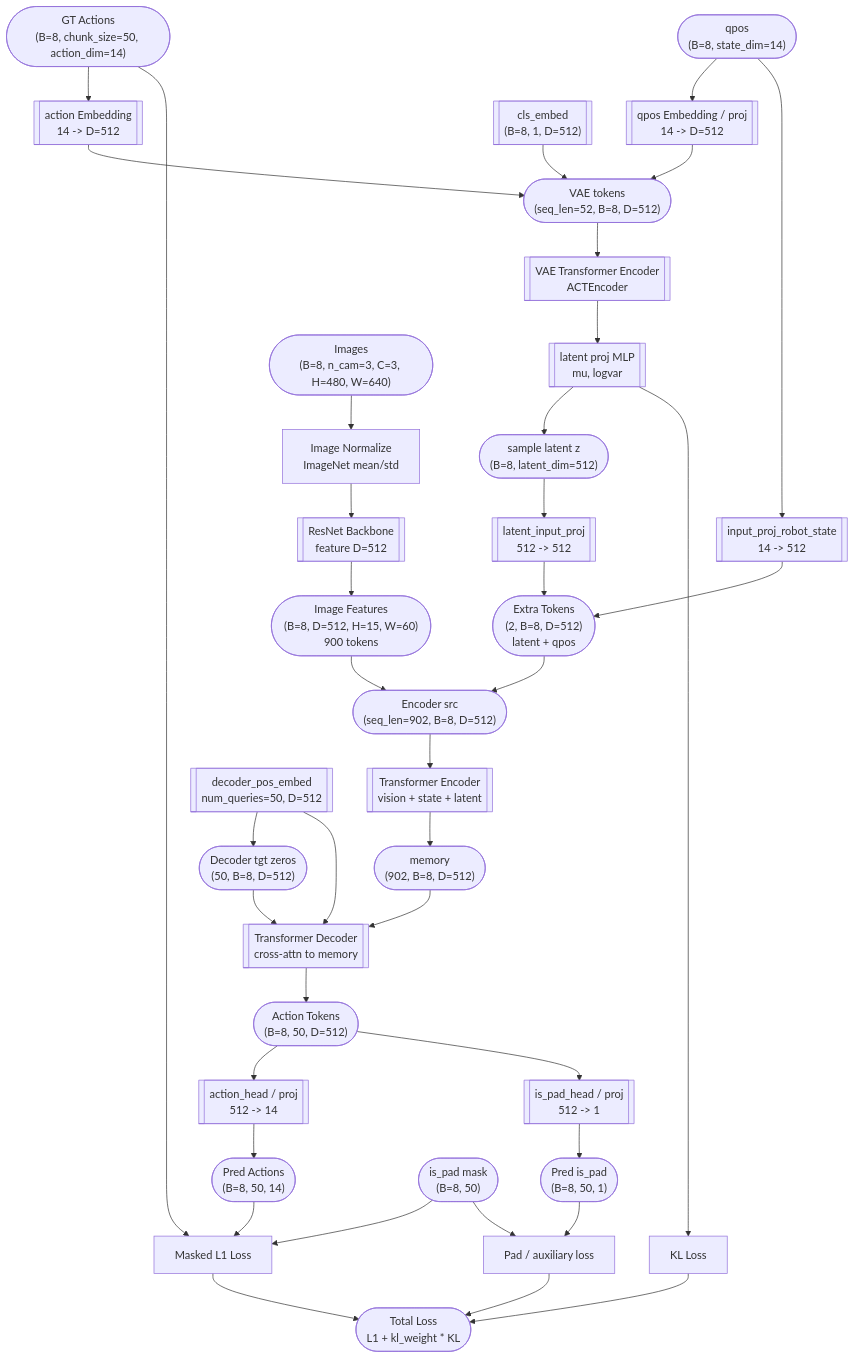
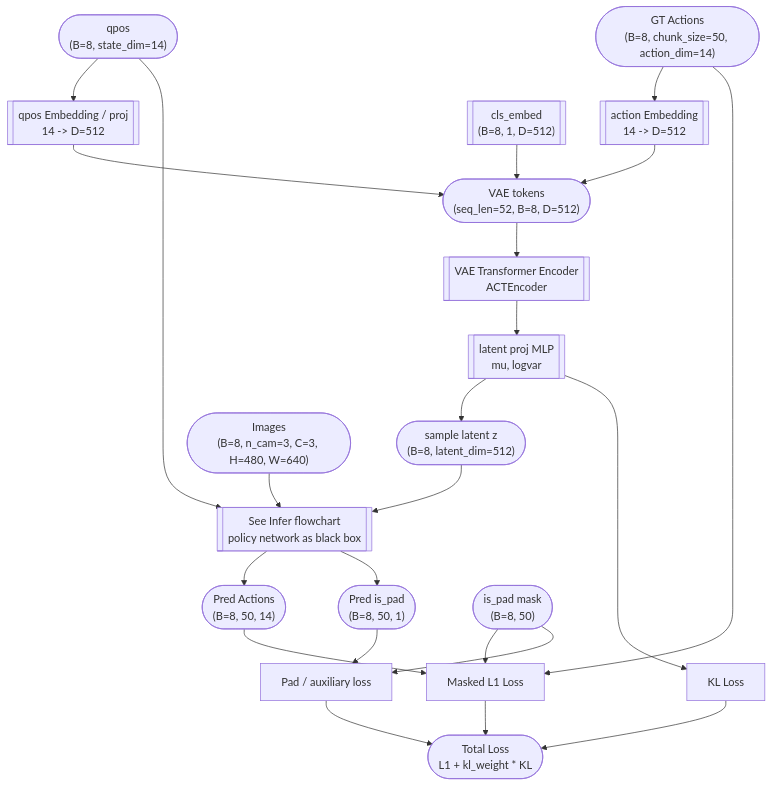
Before and after one commit to julyfun/how-to: the first of 3 diagrams in 25/01/act.md, drawn with Mermaid. The commit also changed 1 other file, not shown here.

Commit message:
M 25/01/act.md | M papers/papers-batch-3.md

````diff
--- a/25/01/act.md
+++ b/25/01/act.md
@@ -48,45 +48,27 @@
 ```mermaid
 flowchart TD
     qpos(["qpos<br/>(B=8, state_dim=14)"]) --> qemb[["qpos Embedding / proj<br/>14 -> D=512"]]
     action(["GT Actions<br/>(B=8, chunk_size=50, action_dim=14)"]) --> aemb[["action Embedding<br/>14 -> D=512"]]
     cls[["cls_embed<br/>(B=8, 1, D=512)"]] --> encin(["VAE tokens<br/>(seq_len=52, B=8, D=512)"])
     qemb --> encin
     aemb --> encin
     encin --> vae[["VAE Transformer Encoder<br/>ACTEncoder"]]
     vae --> dist[["latent proj MLP<br/>mu, logvar"]]
     dist --> z(["sample latent z<br/>(B=8, latent_dim=512)"])
     dist --> kl["KL Loss"]
 
-    img(["Images<br/>(B=8, n_cam=3, C=3, H=480, W=640)"]) --> norm["Image Normalize<br/>ImageNet mean/std"]
-    norm --> backbone[["ResNet Backbone<br/>feature D=512"]]
-    backbone --> feat(["Image Features<br/>(B=8, D=512, H=15, W=60)<br/>900 tokens"])
-
-    z --> zproj[["latent_input_proj<br/>512 -> 512"]]
-    qpos --> stateproj[["input_proj_robot_state<br/>14 -> 512"]]
-    zproj --> addtok(["Extra Tokens<br/>(2, B=8, D=512)<br/>latent + qpos"])
-    stateproj --> addtok
-    feat --> src(["Encoder src<br/>(seq_len=902, B=8, D=512)"])
-    addtok --> src
-
-    src --> venc[["Transformer Encoder<br/>vision + state + latent"]]
-    query[["decoder_pos_embed<br/>num_queries=50, D=512"]] --> tgt(["Decoder tgt zeros<br/>(50, B=8, D=512)"])
-    tgt --> dec[["Transformer Decoder<br/>cross-attn to memory"]]
-    query --> dec
-    venc --> mem(["memory<br/>(902, B=8, D=512)"])
-    mem --> dec
-    dec --> hs(["Action Tokens<br/>(B=8, 50, D=512)"])
-
-    hs --> ahead[["action_head / proj<br/>512 -> 14"]]
-    hs --> phead[["is_pad_head / proj<br/>512 -> 1"]]
-    ahead --> ahat(["Pred Actions<br/>(B=8, 50, 14)"])
-    phead --> phat(["Pred is_pad<br/>(B=8, 50, 1)"])
+    img(["Images<br/>(B=8, n_cam=3, C=3, H=480, W=640)"]) --> infer[["See Infer flowchart<br/>policy network as black box"]]
+    qpos --> infer
+    z --> infer
+    infer --> ahat(["Pred Actions<br/>(B=8, 50, 14)"])
+    infer --> phat(["Pred is_pad<br/>(B=8, 50, 1)"])
 
     action --> recon["Masked L1 Loss"]
     ispad(["is_pad mask<br/>(B=8, 50)"]) --> recon
     ahat --> recon
     phat --> padloss["Pad / auxiliary loss"]
     ispad --> padloss
     recon --> total(["Total Loss<br/>L1 + kl_weight * KL"])
     kl --> total
     padloss --> total
 ```
````
